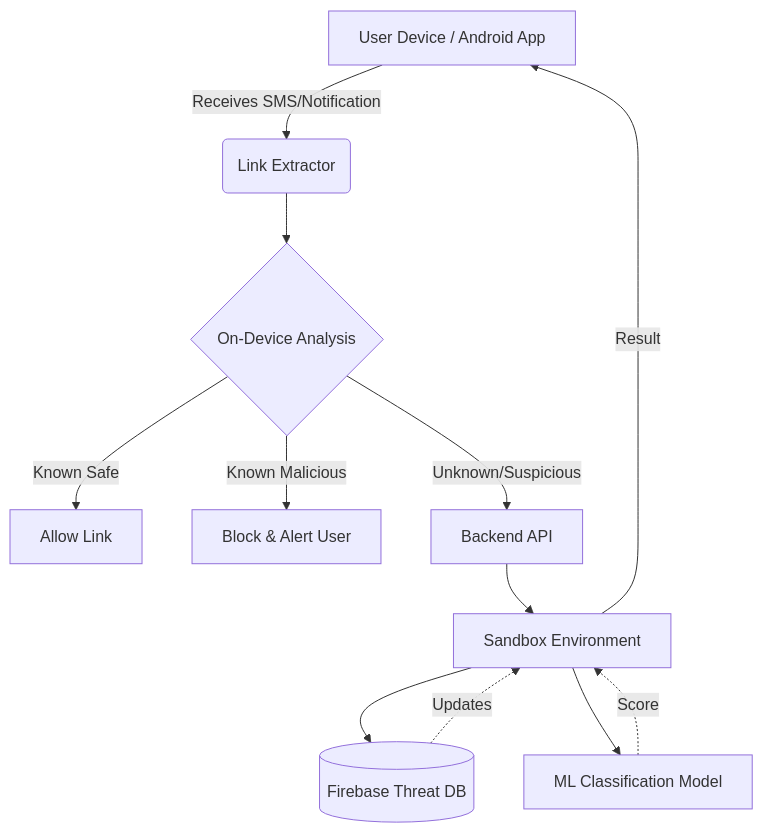
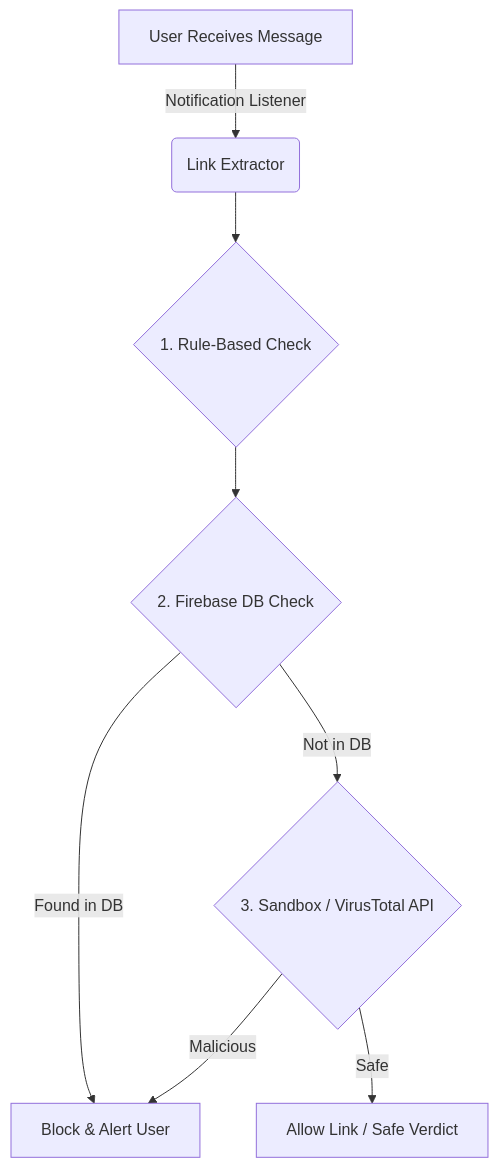
Before and after one commit to AKHILASH-SK/TRUST-SHEILD: the diagram in README.md, drawn with Mermaid. The commit also changed other lines of this file, not shown here.

Commit message:
Update README with detailed hackathon workflow and PayPal test link

````diff
--- a/README.md
+++ b/README.md
@@ -19,17 +20,11 @@
 ```mermaid
 graph TD
-    A[User Device / Android App] -->|Receives SMS/Notification| B(Link Extractor)
-    B --> C{On-Device Analysis}
-    C -->|Known Safe| D[Allow Link]
-    C -->|Known Malicious| E[Block & Alert User]
-    C -->|Unknown/Suspicious| F[Backend API]
+    A[User Receives Message] -->|Notification Listener| B(Link Extractor)
+    B --> C{1. Rule-Based Check}
+    C --> D{2. Firebase DB Check}
+    D -->|Found in DB| E[Block & Alert User]
+    D -->|Not in DB| F{3. Sandbox / VirusTotal API}
     
-    F --> G[Sandbox Environment]
-    G --> H[(Firebase Threat DB)]
-    G --> I[ML Classification Model]
-    
-    H -.->|Updates| G
-    I -.->|Score| G
-    
-    G -->|Result| A
+    F -->|Malicious| E
+    F -->|Safe| G[Allow Link / Safe Verdict]
 ```
````
